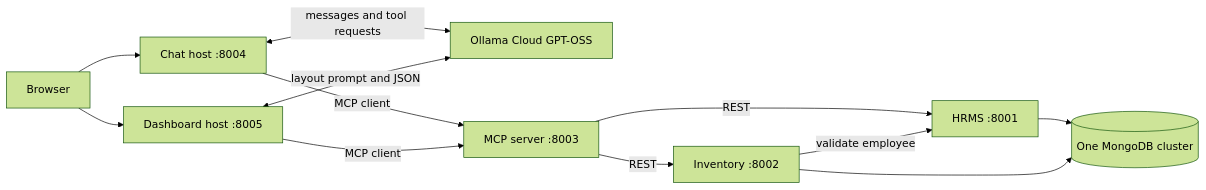
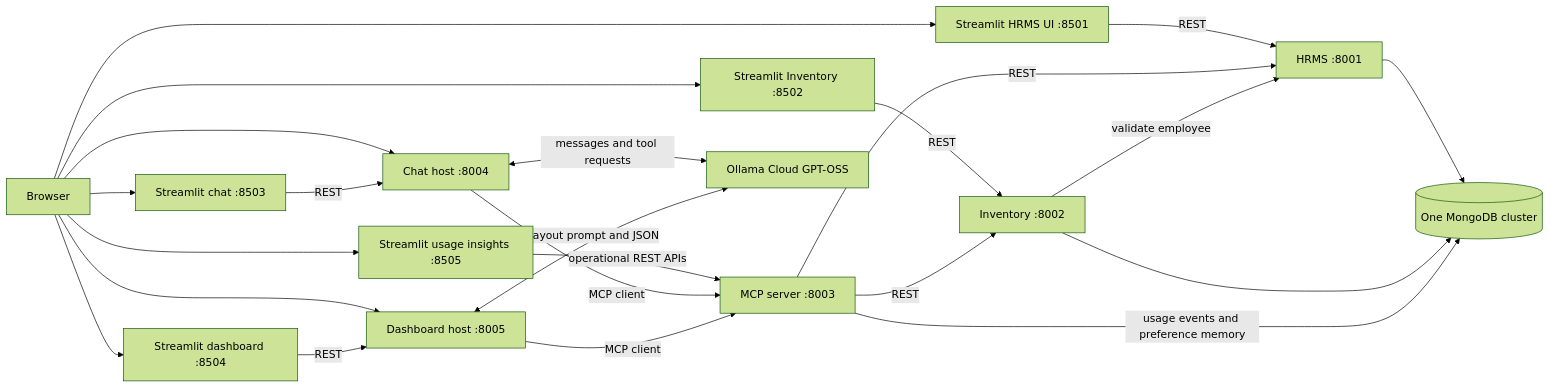
The diagram in README.md (SalmonJoy/Simplilearn_MCP), drawn with Mermaid (forest theme) before and after one commit. The commit also changed other lines of this file and 86 other files, not shown here.

Commit message:
added steamlit UI, Memory and MCP stats. Also has lecture notes

````diff
--- a/README.md
+++ b/README.md
@@ -29,14 +35,25 @@
 ```mermaid
 flowchart LR
     Browser[Browser] --> Chat[Chat host :8004]
     Browser --> Dashboard[Dashboard host :8005]
+    Browser --> HRUI[Streamlit HRMS UI :8501]
+    HRUI -->|REST| HRMS
+    Browser --> INVUI[Streamlit Inventory :8502]
+    INVUI -->|REST| Inventory
+    Browser --> ChatUI[Streamlit chat :8503]
+    ChatUI -->|REST| Chat
+    Browser --> DashUI[Streamlit dashboard :8504]
+    DashUI -->|REST| Dashboard
+    Browser --> UsageUI[Streamlit usage insights :8505]
+    UsageUI -->|operational REST APIs| MCP
     Chat <-->|messages and tool requests| Model[Ollama Cloud GPT-OSS]
     Dashboard <-->|layout prompt and JSON| Model
     Chat -->|MCP client| MCP[MCP server :8003]
     Dashboard -->|MCP client| MCP
     MCP -->|REST| HRMS[HRMS :8001]
     MCP -->|REST| Inventory[Inventory :8002]
     Inventory -->|validate employee| HRMS
     HRMS --> Mongo[(One MongoDB cluster)]
     Inventory --> Mongo
+    MCP -->|usage events and preference memory| Mongo
 ```
````
